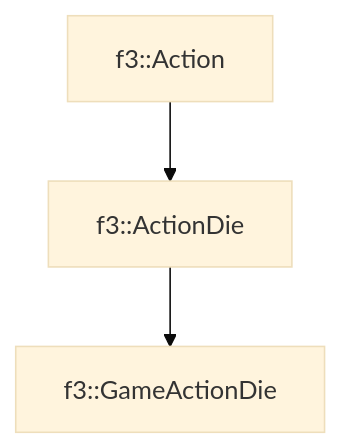
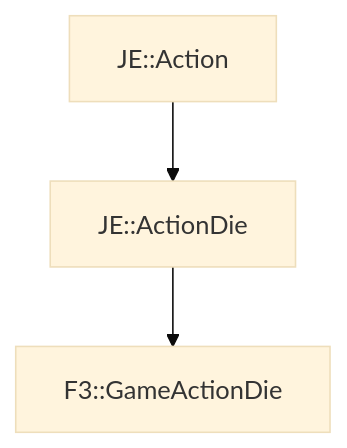
Before and after one commit to OpenJE/openvb: the diagram in docs/f3/GameActionDie.md, drawn with Mermaid (base theme). The commit also changed other lines of this file and 1399 other files, not shown here.

````diff
--- a/docs/f3/GameActionDie.md
+++ b/docs/f3/GameActionDie.md
@@ -17,5 +17,5 @@
 ```mermaid
 graph TD;
-    f3::Action --> f3::ActionDie
-    f3::ActionDie --> f3::GameActionDie
+    JE::Action --> JE::ActionDie
+    JE::ActionDie --> F3::GameActionDie
 ```
````
